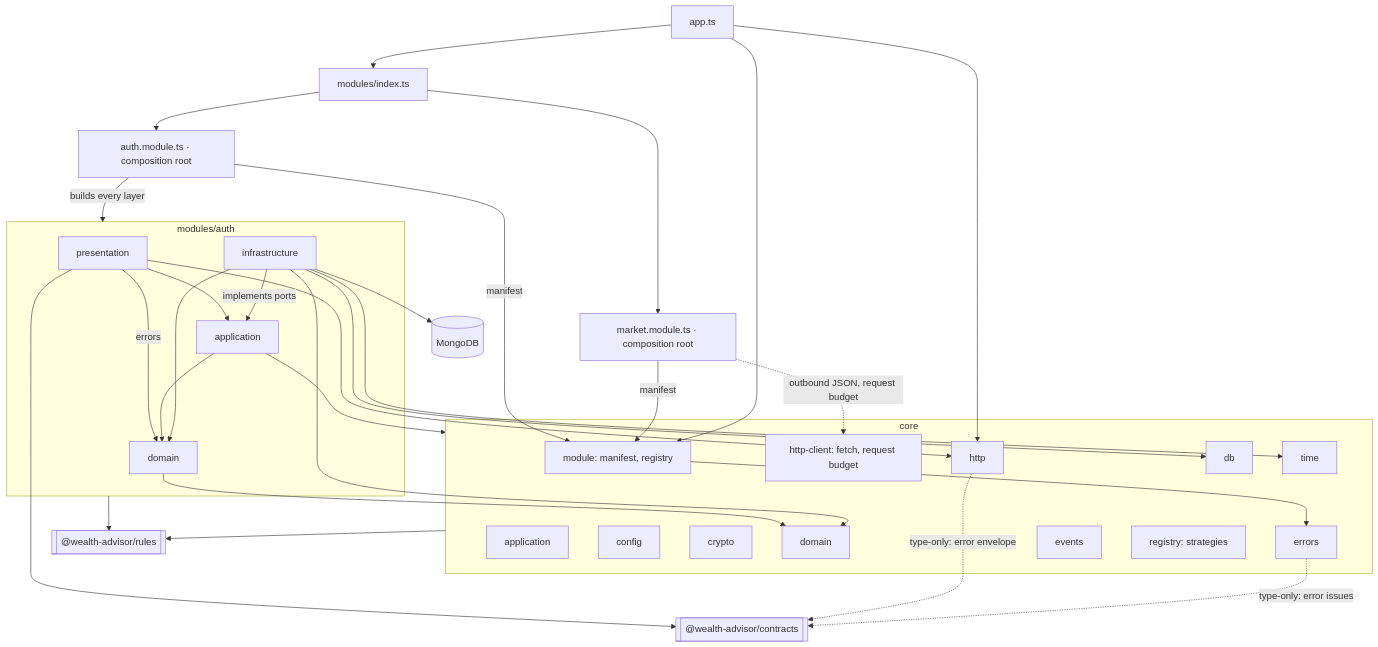
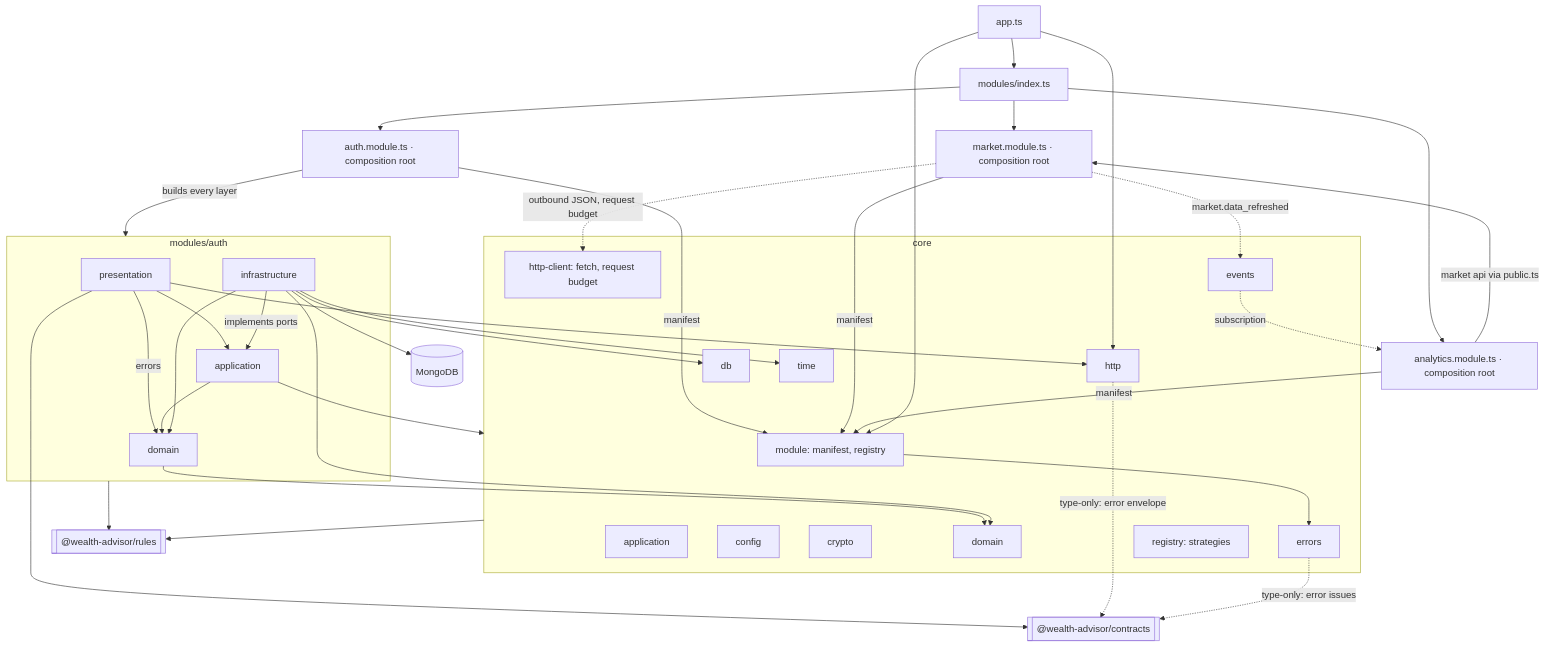
The diagram in docs/architecture/c3-backend.md (Nikhil-Mundhra/Wealth-Advisor), drawn with Mermaid before and after one commit. The commit also changed other lines of this file and 5 other files, not shown here.

Commit message:
docs: analytics API, AN codes, market_snapshots collection, per-handler idempotency, analytics components

````diff
--- a/docs/architecture/c3-backend.md
+++ b/docs/architecture/c3-backend.md
@@ -4,46 +4,51 @@
 ```mermaid
 flowchart TB
   app[app.ts] --> modidx[modules/index.ts]
   modidx --> authmod[auth.module.ts · composition root]
   authmod -->|builds every layer| auth
   authmod -->|manifest| module
   modidx --> marketmod[market.module.ts · composition root]
   marketmod -->|manifest| module
   marketmod -.->|outbound JSON, request budget| httpclient
+  modidx --> analyticsmod[analytics.module.ts · composition root]
+  analyticsmod -->|manifest| module
+  analyticsmod -->|market api via public.ts| marketmod
+  marketmod -.->|market.data_refreshed| events
+  events -.->|subscription| analyticsmod
   app --> module
   app --> http
   subgraph auth[modules/auth]
     pres[presentation] --> appl[application]
     pres -->|errors| dom[domain]
     appl --> dom
     infra[infrastructure] -->|implements ports| appl
     infra --> dom
   end
   subgraph core[core]
     application
     config
     crypto
     domain
     errors
     events
     http
     httpclient[http-client: fetch, request budget]
     module[module: manifest, registry]
     coredb[db]
     registry[registry: strategies]
     time
   end
   pres --> http
   appl --> core
   dom --> domain
   infra --> coredb
   infra --> domain
   infra --> time
   module --> errors
   pres --> contracts[["@wealth-advisor/contracts"]]
   http -. "type-only: error envelope" .-> contracts
   errors -. "type-only: error issues" .-> contracts
   auth --> rules[["@wealth-advisor/rules"]]
   core --> rules
   infra --> db[(MongoDB)]
 ```
````
